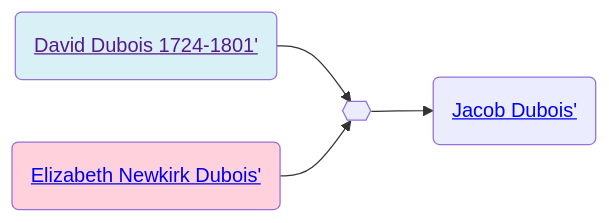
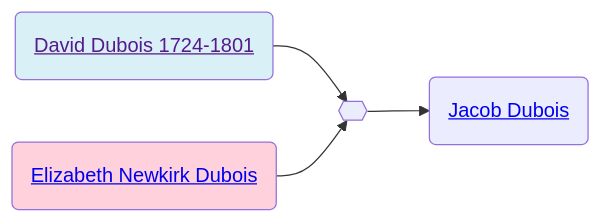
The diagram in familyhistory/sources/people/Henderson-line/Dubois-line/David_Dubois_1724-1801.qmd (neelsmith/avocational), drawn with Mermaid before and after one commit. The commit also changed 96 other files, not shown here.

````diff
--- a/familyhistory/sources/people/Henderson-line/Dubois-line/David_Dubois_1724-1801.qmd
+++ b/familyhistory/sources/people/Henderson-line/Dubois-line/David_Dubois_1724-1801.qmd
@@ -26,14 +26,14 @@
 ```{mermaid}
 graph LR
 %% LR descendant diagram
 class David_Dubois_1724-1801_and_Elizabeth_Newkirk_Dubois marriage
-David_Dubois_1724-1801(<a href=''>David Dubois 1724-1801'</>) --> David_Dubois_1724-1801_and_Elizabeth_Newkirk_Dubois{{ }}
-Elizabeth_Newkirk_Dubois(<a href='./Elizabeth_Newkirk_Dubois.html'>Elizabeth Newkirk Dubois'</>) --> David_Dubois_1724-1801_and_Elizabeth_Newkirk_Dubois{{ }}
+David_Dubois_1724-1801(<a href=''>David Dubois 1724-1801</a>) --> David_Dubois_1724-1801_and_Elizabeth_Newkirk_Dubois{{ }}
+Elizabeth_Newkirk_Dubois(<a href='./Elizabeth_Newkirk_Dubois.html'>Elizabeth Newkirk Dubois</a>) --> David_Dubois_1724-1801_and_Elizabeth_Newkirk_Dubois{{ }}
 class David_Dubois_1724-1801 father
 class Elizabeth_Newkirk_Dubois mother
-David_Dubois_1724-1801_and_Elizabeth_Newkirk_Dubois{{ }} --> Jacob_Dubois(<a href='./Jacob_Dubois.html'>Jacob Dubois'</>)
+David_Dubois_1724-1801_and_Elizabeth_Newkirk_Dubois{{ }} --> Jacob_Dubois(<a href='./Jacob_Dubois.html'>Jacob Dubois</a>)
 classDef mother fill:#ffd1dc
 classDef father fill:#daf0f7  
 classDef marriage fill:#ffffff
 
 ```
````
